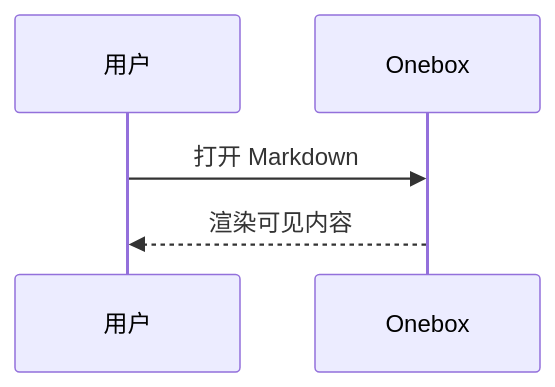
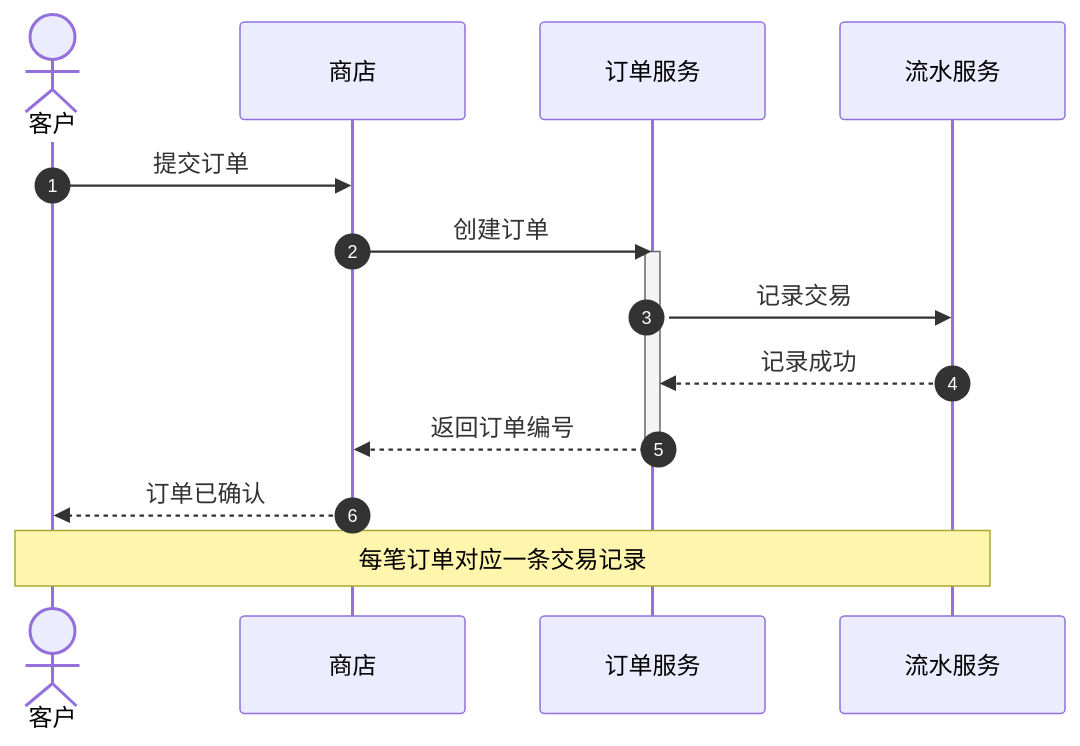
One commit to richaction/onebox changed the second of 7 diagrams in examples/manual-testing/01 编辑器/图表数字与公式.md. Above: the diagram before and after it, drawn with Mermaid. The commit also changed other lines of this file and 13 other files, not shown here.

First line of the commit message:
Add live Mermaid editing and refine math input

````diff
--- a/examples/manual-testing/01 编辑器/图表数字与公式.md
+++ b/examples/manual-testing/01 编辑器/图表数字与公式.md
@@ -47,7 +49,17 @@
 ```mermaid
 sequenceDiagram
-  participant U as 用户
-  participant O as Onebox
-  U->>O: 打开 Markdown
-  O-->>U: 渲染可见内容
+  autonumber
+  actor C as 客户
+  participant W as 商店
+  participant O as 订单服务
+  participant P as 流水服务
+  C->>W: 提交订单
+  W->>O: 创建订单
+  activate O
+  O->>P: 记录交易
+  P-->>O: 记录成功
+  O-->>W: 返回订单编号
+  deactivate O
+  W-->>C: 订单已确认
+  Note over C,P: 每笔订单对应一条交易记录
 ```
````
